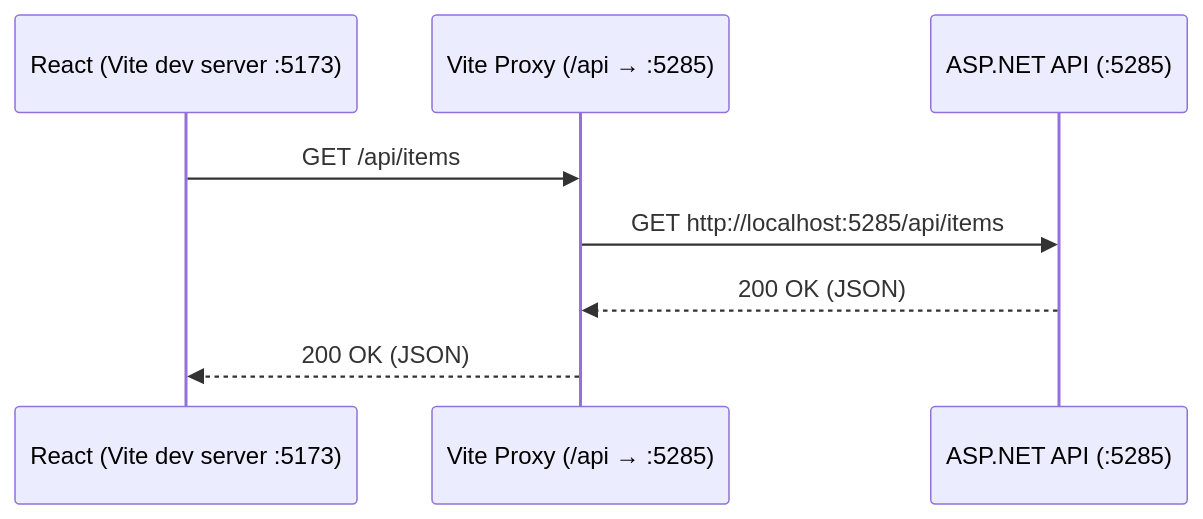
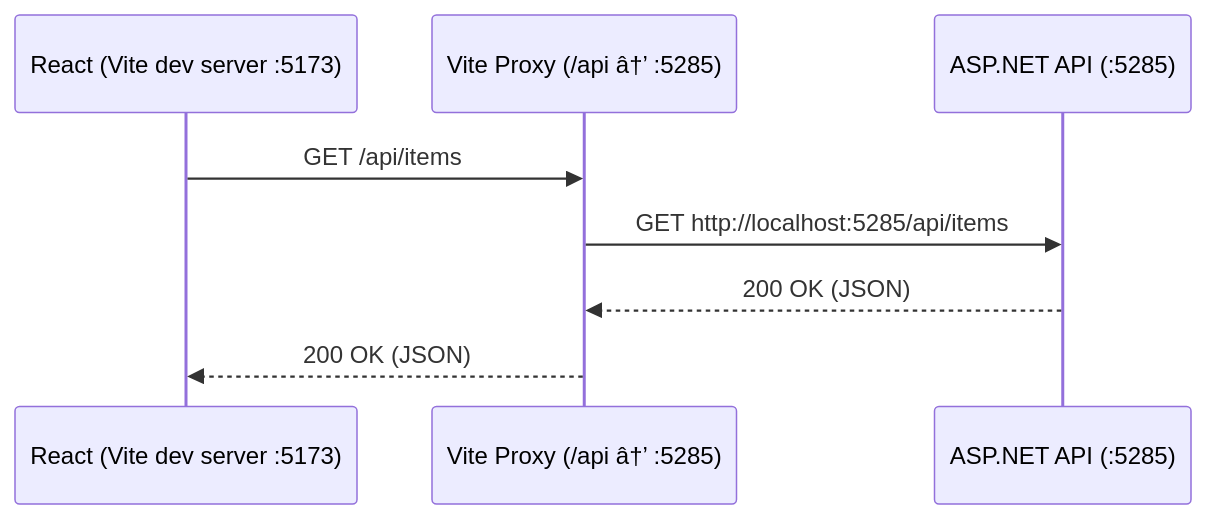
One commit to FerdivdKamp/greenr changed the diagram in frontend/README.md. Above: the diagram before and after it, drawn with Mermaid. The commit also changed other lines of this file and 6 other files, not shown here.

````diff
--- a/frontend/README.md
+++ b/frontend/README.md
@@ -189,11 +189,11 @@
 ```mermaid
 sequenceDiagram
     participant UI as React (Vite dev server :5173)
-    participant Proxy as Vite Proxy (/api → :5285)
+    participant Proxy as Vite Proxy (/api â†’ :5285)
     participant API as ASP.NET API (:5285)
 
     UI->>Proxy: GET /api/items
     Proxy->>API: GET http://localhost:5285/api/items
     API-->>Proxy: 200 OK (JSON)
     Proxy-->>UI: 200 OK (JSON)
 ```
````
